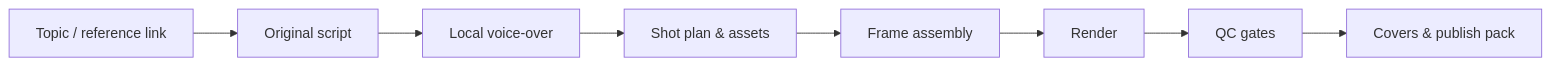
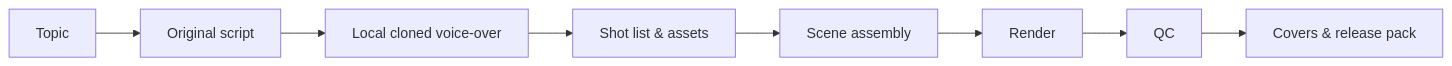
The diagram in README-en.md (DaBaoAgent/Auto-Video), drawn with Mermaid before and after one commit. The commit also changed other lines of this file and 1 other file, not shown here.

````diff
--- a/README-en.md
+++ b/README-en.md
@@ -88,10 +189,10 @@
 ```mermaid
 flowchart LR
-    A[Topic / reference link] --> B[Original script]
-    B --> C[Local voice-over]
-    C --> D[Shot plan & assets]
-    D --> E[Frame assembly]
+    A[Topic] --> B[Original script]
+    B --> C[Local cloned voice-over]
+    C --> D[Shot list & assets]
+    D --> E[Scene assembly]
     E --> F[Render]
-    F --> G[QC gates]
-    G --> H[Covers & publish pack]
+    F --> G[QC]
+    G --> H[Covers & release pack]
 ```
````
